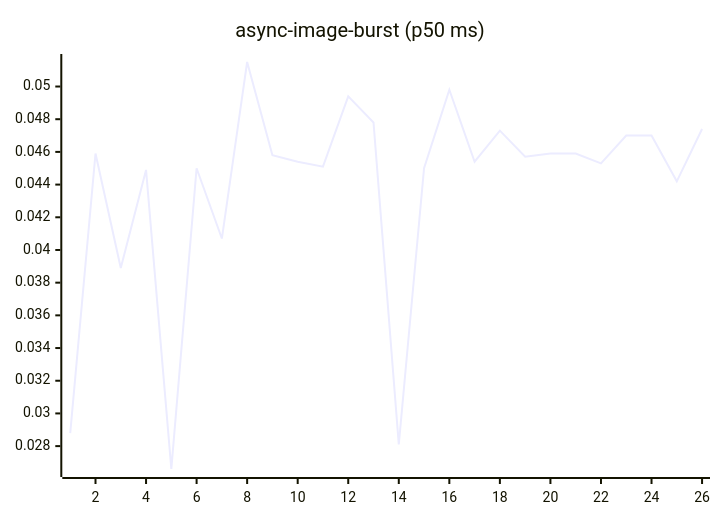
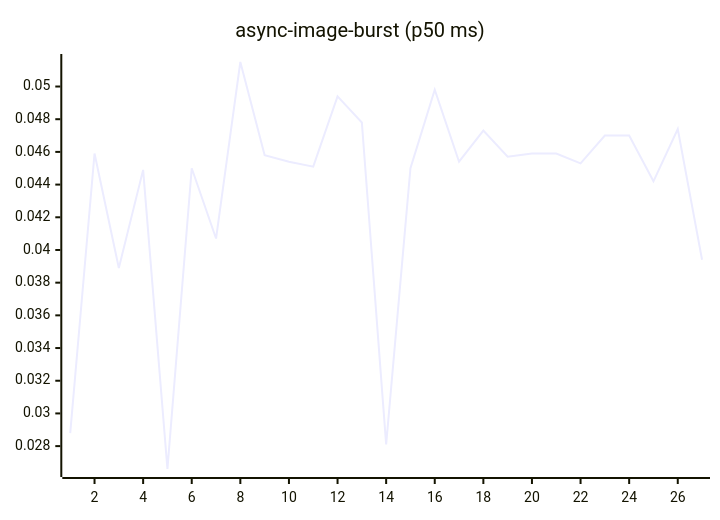
The fourth of 27 diagrams in README.md (josha/Facet), drawn with Mermaid before and after one commit. The commit also changed other lines of this file and 2 other files, not shown here.

````diff
--- a/README.md
+++ b/README.md
@@ -84,6 +84,6 @@
 ```mermaid
 xychart-beta
     title "async-image-burst (p50 ms)"
-    x-axis 1 --> 26
-    line [0.0288, 0.0459, 0.0389, 0.0449, 0.0266, 0.0450, 0.0407, 0.0515, 0.0458, 0.0454, 0.0451, 0.0494, 0.0478, 0.0281, 0.0450, 0.0498, 0.0454, 0.0473, 0.0457, 0.0459, 0.0459, 0.0453, 0.0470, 0.0470, 0.0442, 0.0474]
+    x-axis 1 --> 27
+    line [0.0288, 0.0459, 0.0389, 0.0449, 0.0266, 0.0450, 0.0407, 0.0515, 0.0458, 0.0454, 0.0451, 0.0494, 0.0478, 0.0281, 0.0450, 0.0498, 0.0454, 0.0473, 0.0457, 0.0459, 0.0459, 0.0453, 0.0470, 0.0470, 0.0442, 0.0474, 0.0394]
 ```
````
